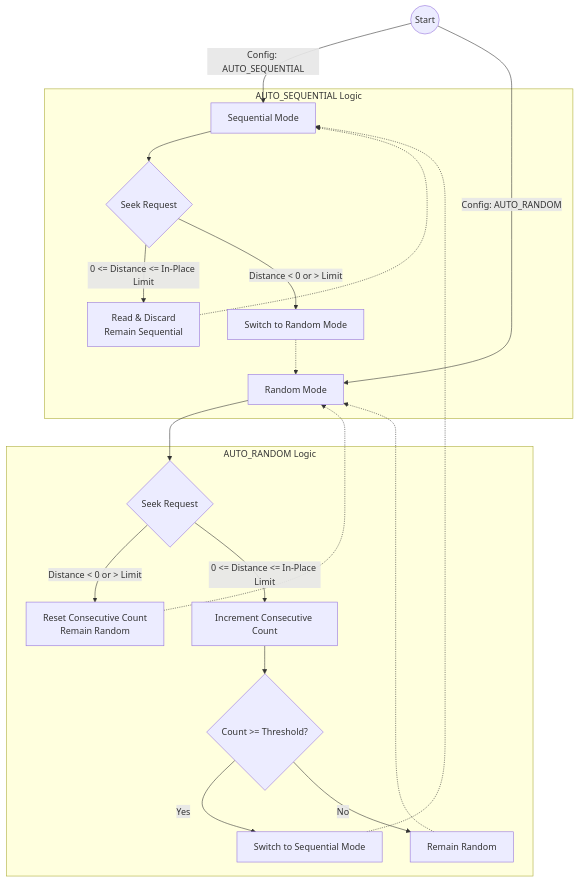
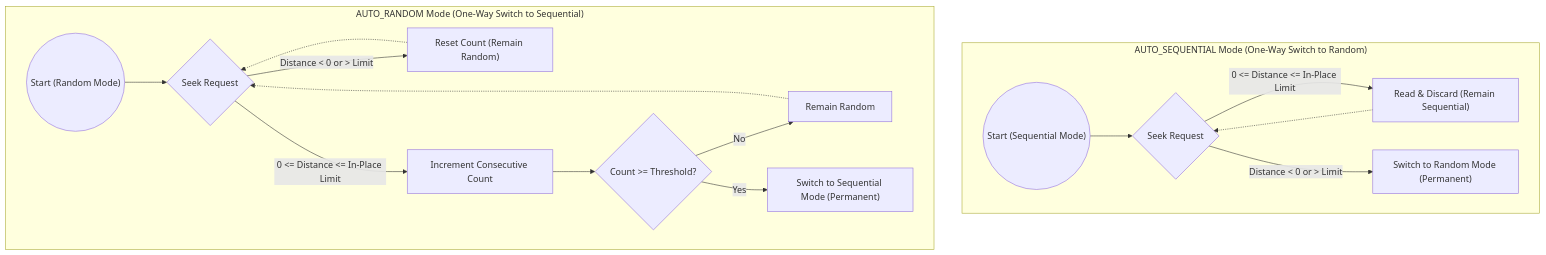
The diagram in docs/optimizations/adaptive-read-strategy.md (GoogleCloudPlatform/gcs-analytics-core), drawn with Mermaid before and after one commit. The commit also changed other lines of this file, not shown here.

Commit message:
fix: Updating adaptive read documentation. (#355)

````diff
--- a/docs/optimizations/adaptive-read-strategy.md
+++ b/docs/optimizations/adaptive-read-strategy.md
@@ -21,25 +21,20 @@
 ```mermaid
 flowchart TD
-    Start((Start)) -->|Config: AUTO_SEQUENTIAL| AS[Sequential Mode]
-    Start -->|Config: AUTO_RANDOM| AR[Random Mode]
-
-    subgraph "AUTO_SEQUENTIAL Logic"
-        AS --> SeekReqAS{Seek Request}
-        SeekReqAS -->|0 <= Distance <= In-Place Limit| AS_InPlace[Read & Discard<br>Remain Sequential]
-        AS_InPlace -.-> AS
-        SeekReqAS -->|Distance < 0 or > Limit| AR_Switch[Switch to Random Mode]
-        AR_Switch -.-> AR
+    subgraph AutoSeq ["AUTO_SEQUENTIAL Mode (One-Way Switch to Random)"]
+        AS_Start(("Start (Sequential Mode)")) --> AS_Seek{"Seek Request"}
+        AS_Seek -->|"0 <= Distance <= In-Place Limit"| AS_InPlace["Read & Discard (Remain Sequential)"]
+        AS_InPlace -.-> AS_Seek
+        AS_Seek -->|"Distance < 0 or > Limit"| AS_Switch["Switch to Random Mode (Permanent)"]
     end
 
-    subgraph "AUTO_RANDOM Logic"
-        AR --> SeekReqAR{Seek Request}
-        SeekReqAR -->|Distance < 0 or > Limit| AR_Reset[Reset Consecutive Count<br>Remain Random]
-        AR_Reset -.-> AR
-        SeekReqAR -->|0 <= Distance <= In-Place Limit| AR_Inc[Increment Consecutive Count]
-        AR_Inc --> CountCheck{Count >= Threshold?}
-        CountCheck -->|Yes| AS_Switch[Switch to Sequential Mode]
-        CountCheck -->|No| AR_Remain[Remain Random]
-        AS_Switch -.-> AS
-        AR_Remain -.-> AR
+    subgraph AutoRand ["AUTO_RANDOM Mode (One-Way Switch to Sequential)"]
+        AR_Start(("Start (Random Mode)")) --> AR_Seek{"Seek Request"}
+        AR_Seek -->|"Distance < 0 or > Limit"| AR_Reset["Reset Count (Remain Random)"]
+        AR_Reset -.-> AR_Seek
+        AR_Seek -->|"0 <= Distance <= In-Place Limit"| AR_Inc["Increment Consecutive Count"]
+        AR_Inc --> AR_Check{"Count >= Threshold?"}
+        AR_Check -->|"No"| AR_Remain["Remain Random"]
+        AR_Remain -.-> AR_Seek
+        AR_Check -->|"Yes"| AR_Switch["Switch to Sequential Mode (Permanent)"]
     end
 ```
````
